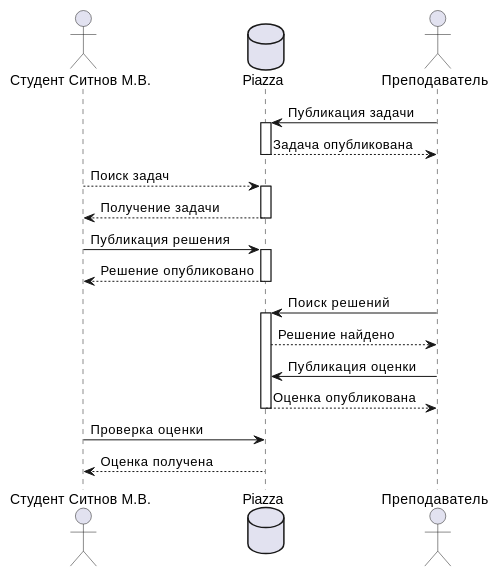
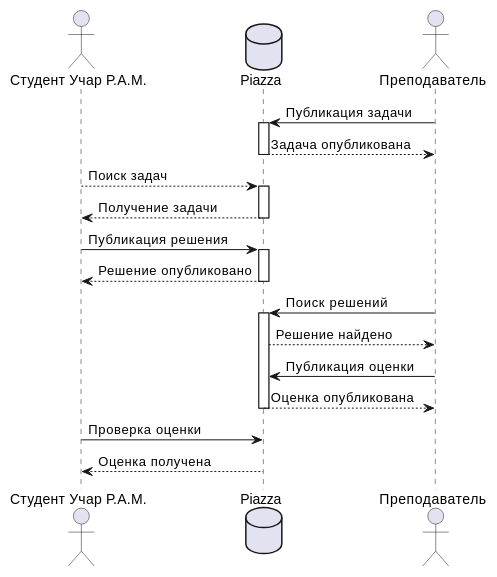
Before and after one commit to tlt15/pr-7: the diagram in pr.md, drawn with PlantUML. The commit also changed other lines of this file, not shown here.

````diff
--- a/pr.md
+++ b/pr.md
@@ -53,36 +53,36 @@
 ```PlantUML
 # PlantUML Editor
 
 @startuml
-actor "Студент Ситнов М.В." as Student
+actor "Студент Учар Р.А.М." as Student
 database "Piazza" as Piazza
 actor "Преподаватель" as Teacher
 
 Teacher -> Piazza: Публикация задачи
 activate Piazza
 Piazza --> Teacher: Задача опубликована
 deactivate Piazza
 
 
 Student --> Piazza: Поиск задач
 activate Piazza
 Piazza --> Student: Получение задачи
 deactivate Piazza
 
 Student -> Piazza: Публикация решения
 activate Piazza
 Piazza --> Student: Решение опубликовано
 deactivate Piazza
 
 Teacher -> Piazza: Поиск решений
 activate Piazza
 Piazza --> Teacher: Решение найдено
 Teacher -> Piazza: Публикация оценки
 Piazza --> Teacher: Оценка опубликована
 deactivate Piazza
 
 Student -> Piazza: Проверка оценки
 Piazza --> Student: Оценка получена
 
 @enduml
 ```
````
